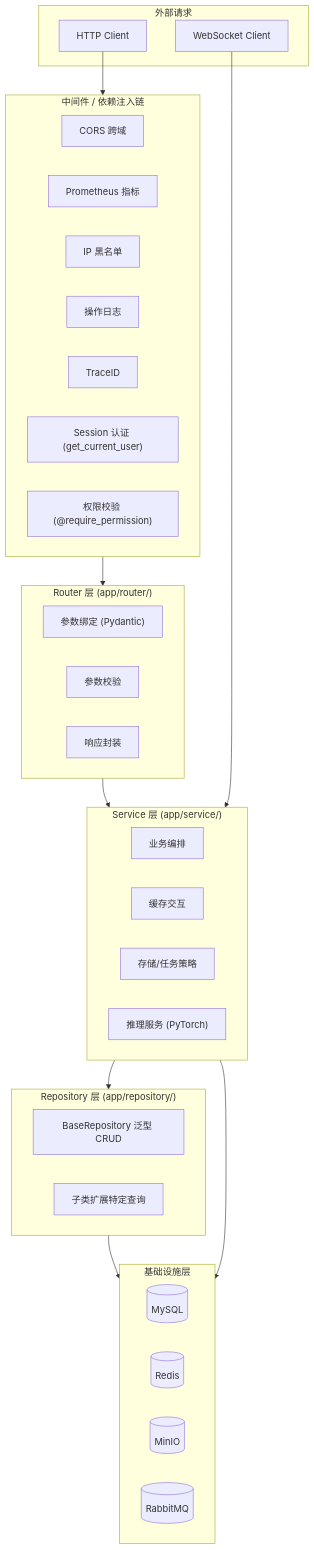
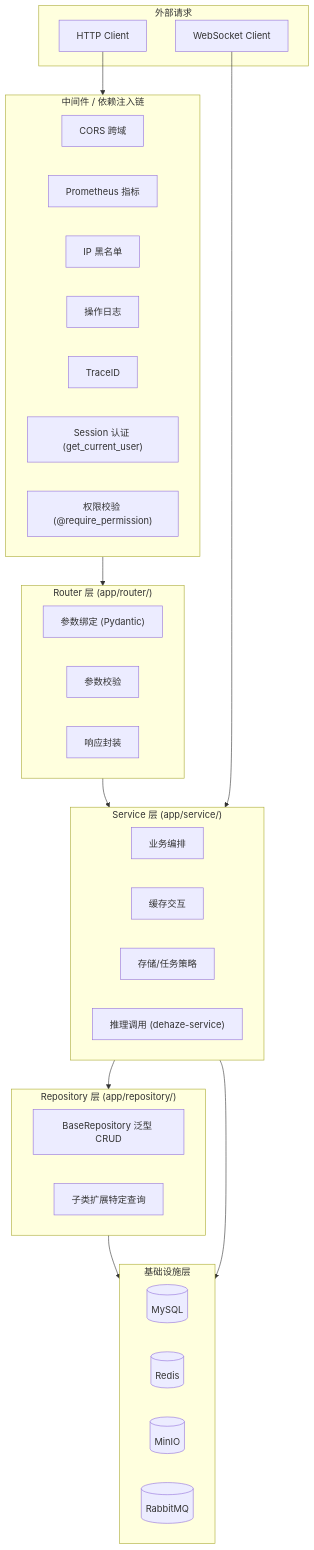
The first of 11 diagrams in dehaze-doc/docs/04-项目实现/后端/03-Python算法服务架构文档.md (earthy-zinc/dehaze-system), drawn with Mermaid before and after one commit. The commit also changed other lines of this file and 239 other files, not shown here.

````diff
--- a/dehaze-doc/docs/04-项目实现/后端/03-Python算法服务架构文档.md
+++ b/dehaze-doc/docs/04-项目实现/后端/03-Python算法服务架构文档.md
@@ -9,51 +9,51 @@
 ```mermaid
 flowchart TB
     subgraph External["外部请求"]
         Client["HTTP Client"]
         WS["WebSocket Client"]
     end
 
     subgraph Middleware["中间件 / 依赖注入链"]
         direction LR
         CORS["CORS 跨域"]
         Prometheus["Prometheus 指标"]
         IPBlacklist["IP 黑名单"]
         OpLog["操作日志"]
         Trace["TraceID"]
         SessionAuth["Session 认证 (get_current_user)"]
         Permission["权限校验 (@require_permission)"]
     end
 
     subgraph Router["Router 层 (app/router/)"]
         direction LR
         R1["参数绑定 (Pydantic)"]
         R2["参数校验"]
         R3["响应封装"]
     end
 
     subgraph Service["Service 层 (app/service/)"]
         direction LR
         S1["业务编排"]
         S2["缓存交互"]
         S3["存储/任务策略"]
-        S4["推理服务 (PyTorch)"]
+        S4["推理调用 (dehaze-service)"]
     end
 
     subgraph Repository["Repository 层 (app/repository/)"]
         direction LR
         Repo1["BaseRepository 泛型 CRUD"]
         Repo2["子类扩展特定查询"]
     end
 
     subgraph Infra["基础设施层"]
         direction LR
         MySQL[("MySQL")]
         Redis[("Redis")]
         MinIO[("MinIO")]
         RabbitMQ[("RabbitMQ")]
     end
 
     Client --> Middleware --> Router --> Service --> Repository --> MySQL
     Service --> Infra
     WS --> Service
 ```
````
